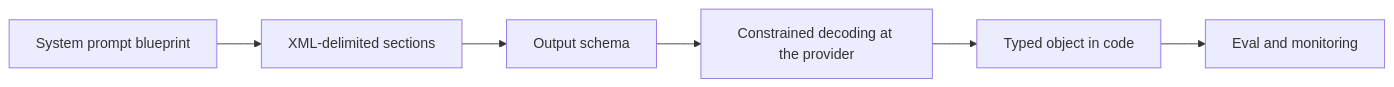
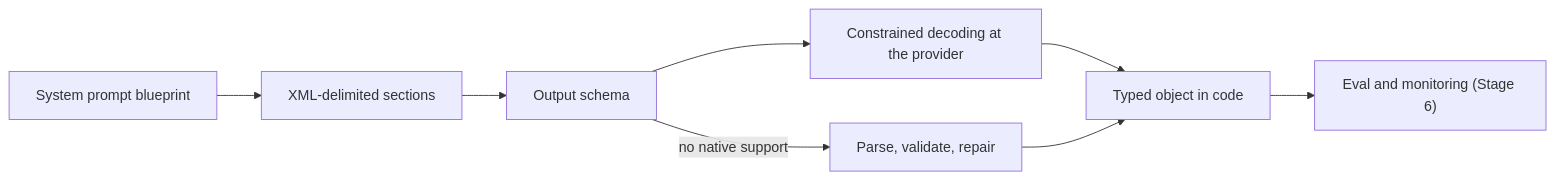
One commit to TheLearningHubOrg/learn-prompt-engineering changed diagram 17 of 38 in README.md. Above: the diagram before and after it, drawn with Mermaid. The commit also changed other lines of this file and 15 other files, not shown here.

````diff
--- a/README.md
+++ b/README.md
@@ -1614,8 +1669,10 @@
 ```mermaid
 flowchart LR
     BP["System prompt blueprint"] --> DL["XML-delimited sections"]
     DL --> SC["Output schema"]
     SC --> CD["Constrained decoding at the provider"]
     CD --> TV["Typed object in code"]
-    TV --> EV["Eval and monitoring"]
+    SC -->|"no native support"| RP["Parse, validate, repair"]
+    RP --> TV
+    TV --> EV["Eval and monitoring (Stage 6)"]
 ```
````
